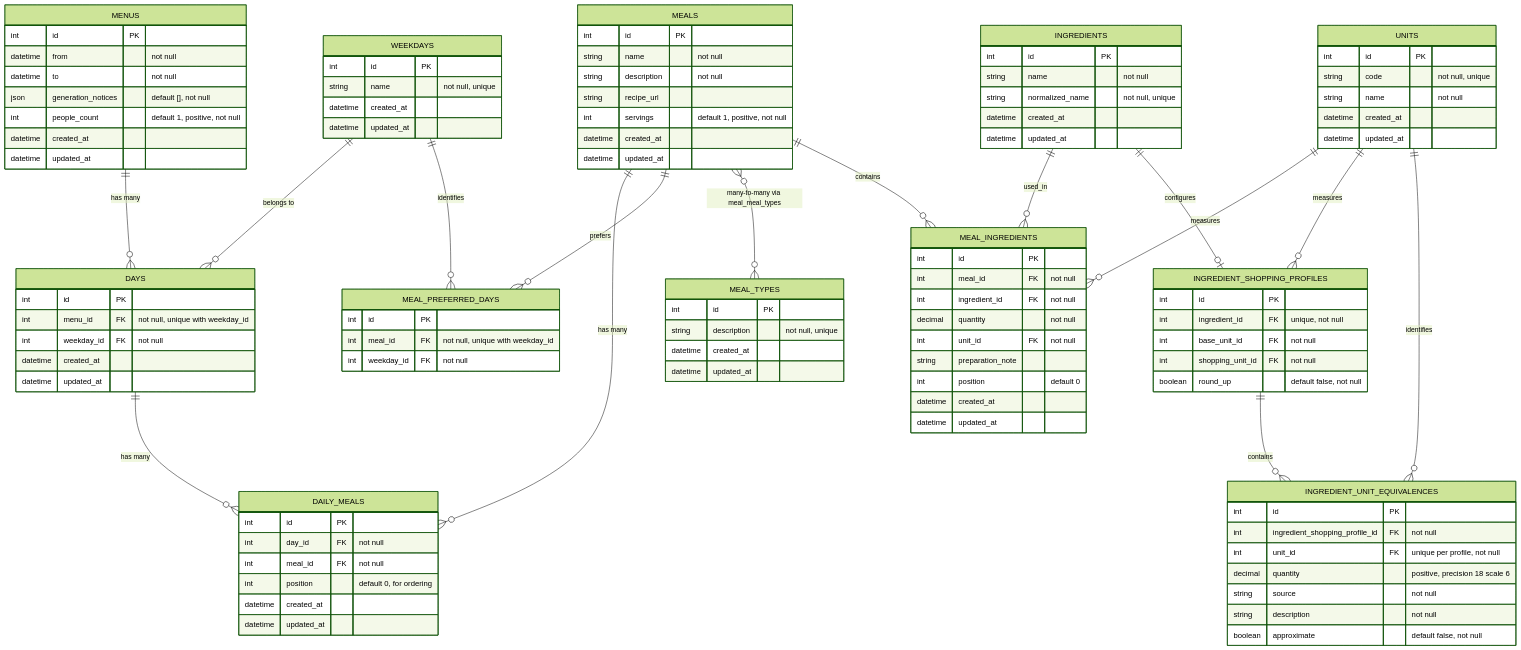
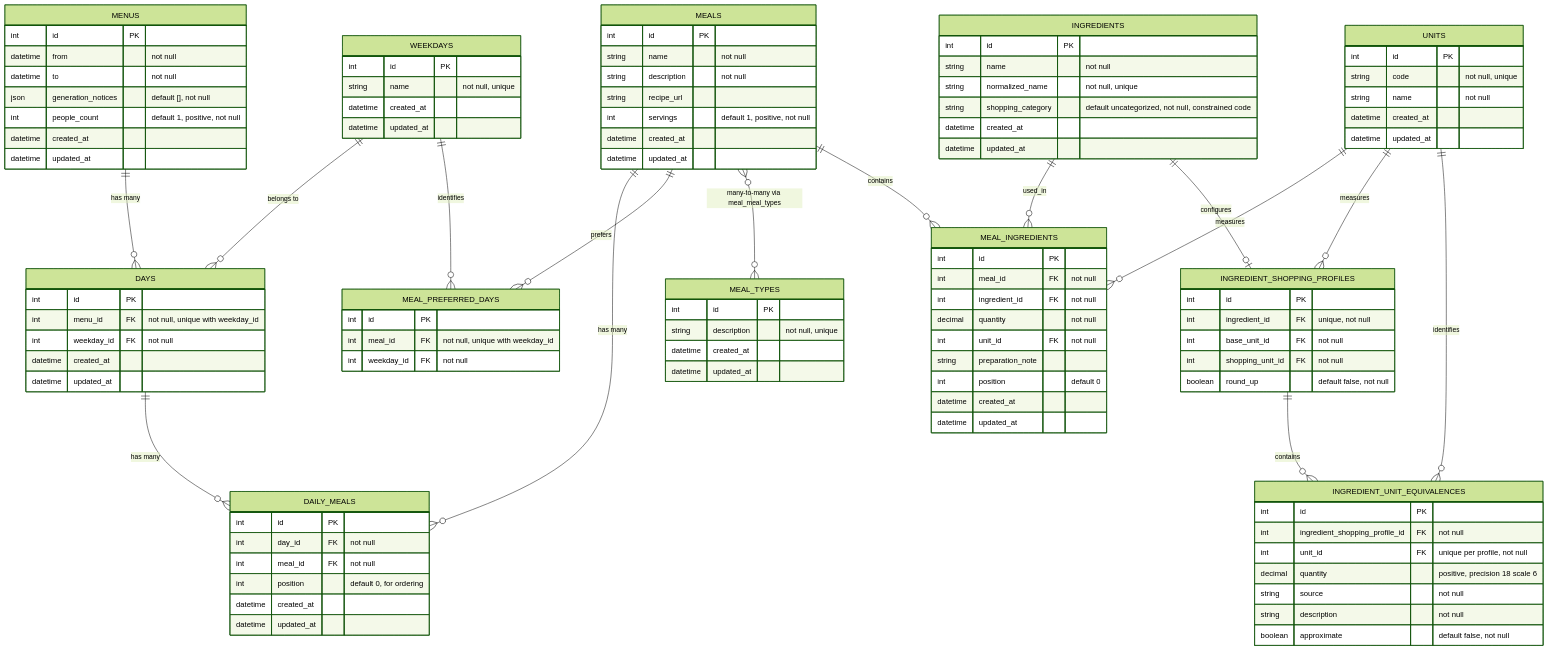
Before and after one commit to DarthCharles/meal_planner: the diagram in docs/database.md, drawn with Mermaid (forest theme). The commit also changed other lines of this file and 36 other files, not shown here.

```diff
--- a/docs/database.md
+++ b/docs/database.md
@@ -100,6 +100,7 @@
     int id PK
     string name "not null"
     string normalized_name "not null, unique"
+    string shopping_category "default uncategorized, not null, constrained code"
     datetime created_at
     datetime updated_at
   }
```
